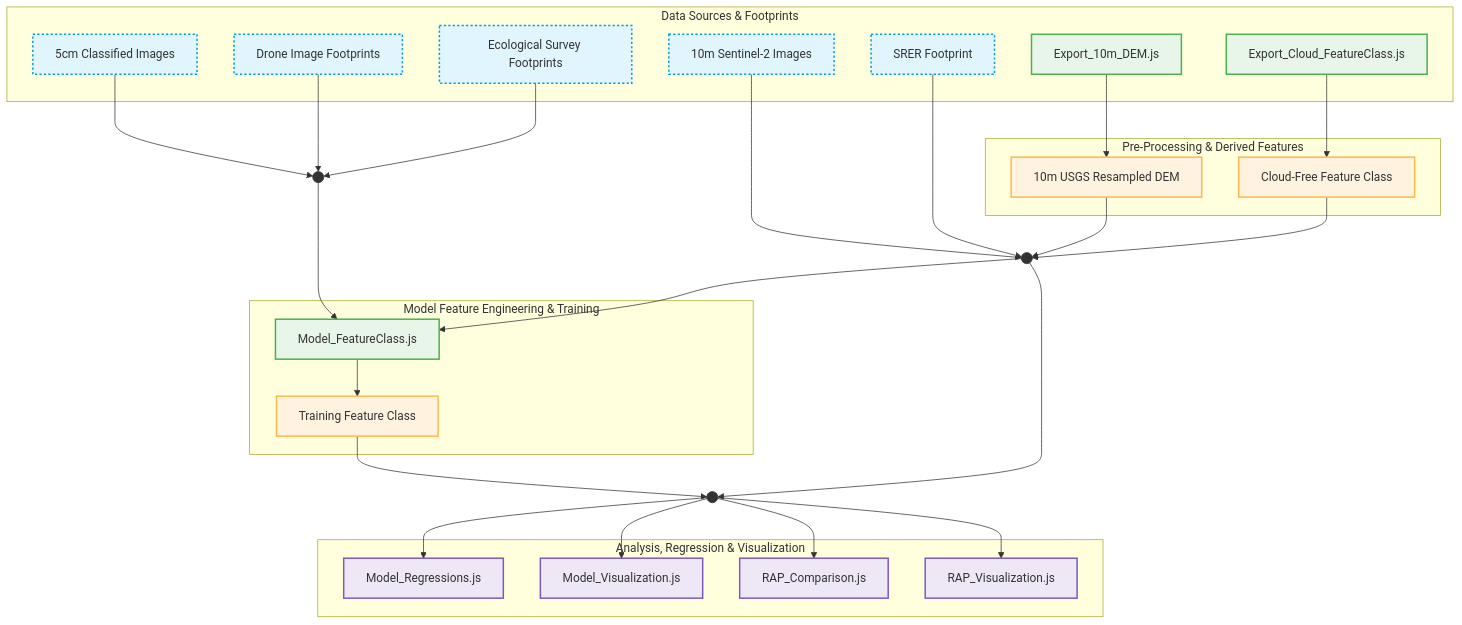
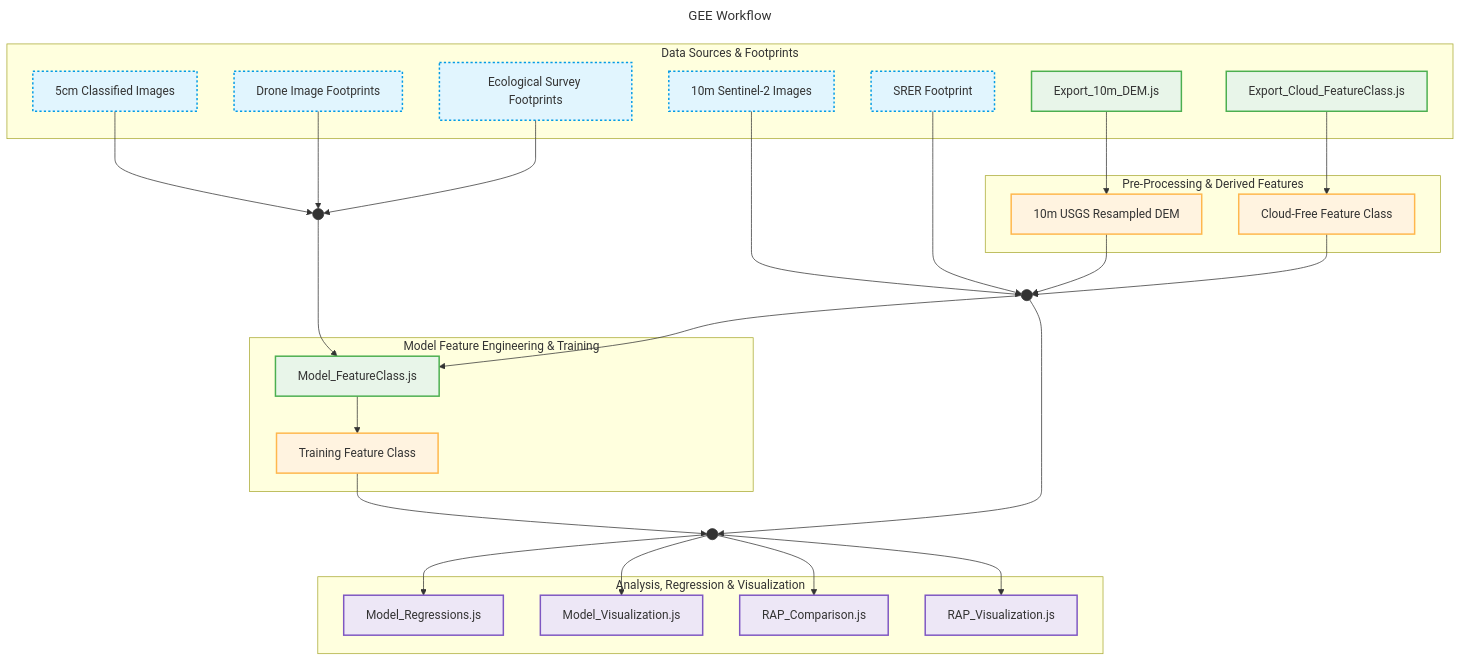
One commit to afullhart/SantaRita changed the diagram in README.md. Above: the diagram before and after it, drawn with Mermaid.

````diff
--- a/README.md
+++ b/README.md
@@ -1,4 +1,7 @@
 ```mermaid
+---
+title: GEE Workflow
+---
 graph TD
   %% Styling Definitions
   classDef input fill:#e1f5fe,stroke:#039be5,stroke-width:2px,stroke-dasharray: 3 3;
````
